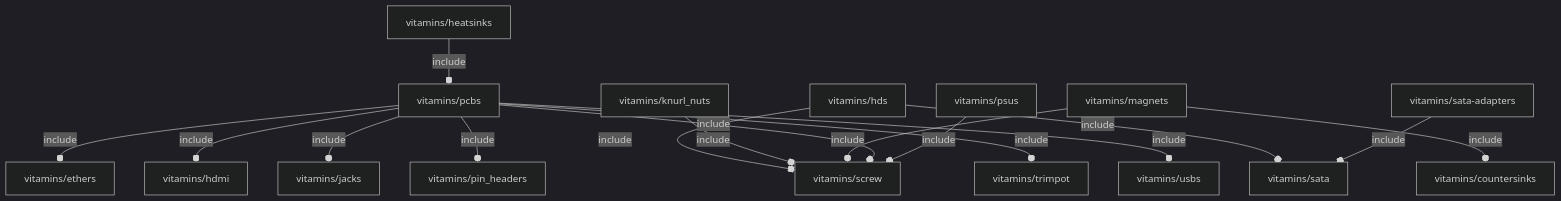
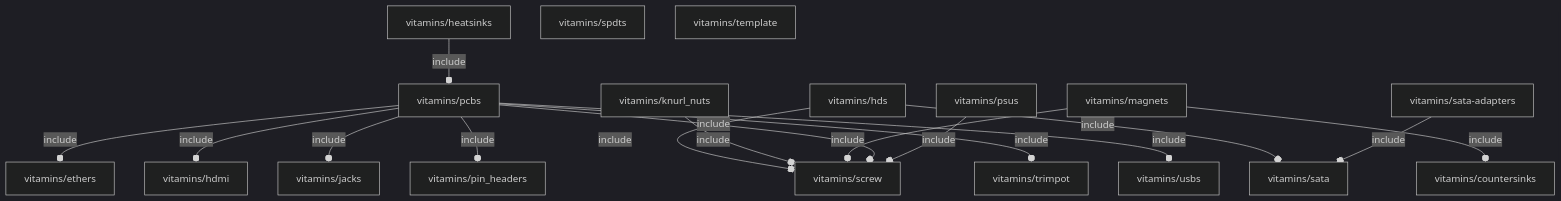
One commit to ggabbiani/OFL changed the diagram in orthodocs/vitamins/deps.md. Above: the diagram before and after it, drawn with Mermaid (dark theme). The commit also changed 1 other file, not shown here.

Commit message:
fixed isolated nodes bug

````diff
--- a/orthodocs/vitamins/deps.md
+++ b/orthodocs/vitamins/deps.md
@@ -3,18 +3,29 @@
 ```mermaid
 graph TD
-    A1[vitamins/hds] --o|include| A2[vitamins/sata]
-    A1 --o|include| A3[vitamins/screw]
-    A4[vitamins/heatsinks] --o|include| A5[vitamins/pcbs]
-    A6[vitamins/knurl_nuts] --o|include| A3
-    A7[vitamins/magnets] --o|include| A8[vitamins/countersinks]
-    A7 --o|include| A3
-    A5 --o|include| A9[vitamins/ethers]
-    A5 --o|include| A10[vitamins/hdmi]
-    A5 --o|include| A11[vitamins/jacks]
-    A5 --o|include| A12[vitamins/pin_headers]
-    A5 --o|include| A3
-    A5 --o|include| A13[vitamins/trimpot]
-    A5 --o|include| A14[vitamins/usbs]
-    A15[vitamins/psus] --o|include| A3
-    A16[vitamins/sata-adapters] --o|include| A2
+    A1[vitamins/countersinks]
+    A2[vitamins/ethers]
+    A3[vitamins/hdmi]
+    A4[vitamins/hds] --o|include| A5[vitamins/sata]
+    A4 --o|include| A6[vitamins/screw]
+    A7[vitamins/heatsinks] --o|include| A8[vitamins/pcbs]
+    A9[vitamins/jacks]
+    A10[vitamins/knurl_nuts] --o|include| A6
+    A11[vitamins/magnets] --o|include| A1
+    A11 --o|include| A6
+    A8 --o|include| A2
+    A8 --o|include| A3
+    A8 --o|include| A9
+    A8 --o|include| A12[vitamins/pin_headers]
+    A8 --o|include| A6
+    A8 --o|include| A13[vitamins/trimpot]
+    A8 --o|include| A14[vitamins/usbs]
+    A12
+    A15[vitamins/psus] --o|include| A6
+    A5
+    A16[vitamins/sata-adapters] --o|include| A5
+    A6
+    A17[vitamins/spdts]
+    A18[vitamins/template]
+    A13
+    A14
 ```
````
